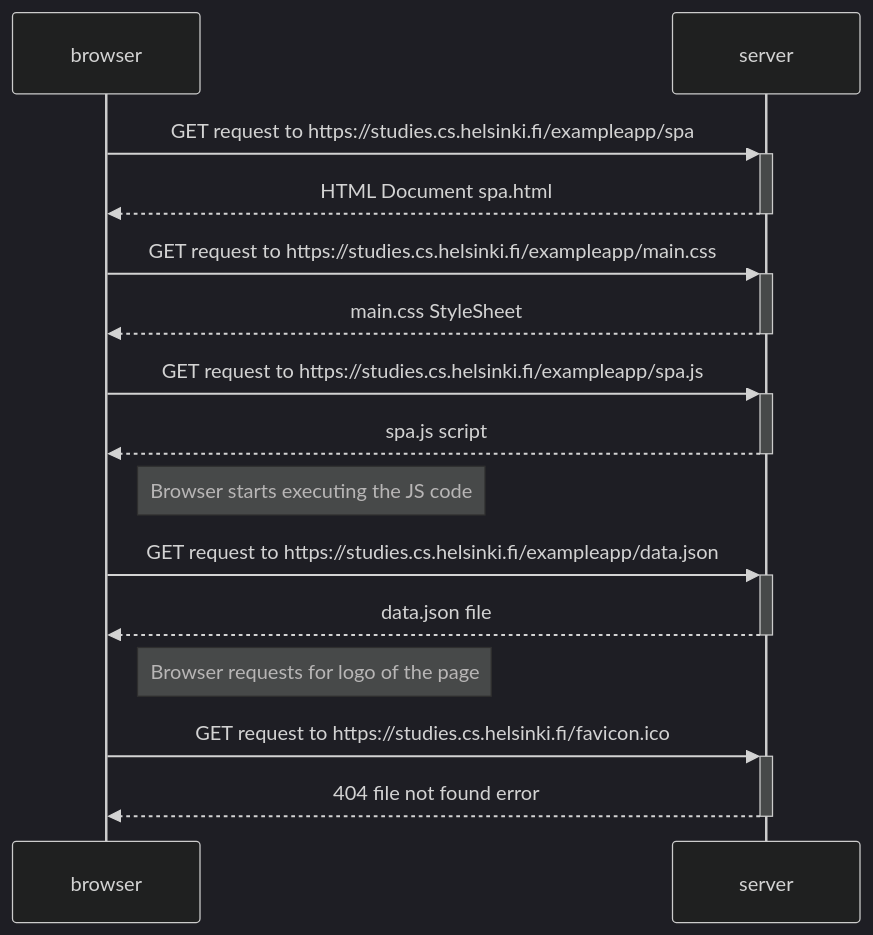
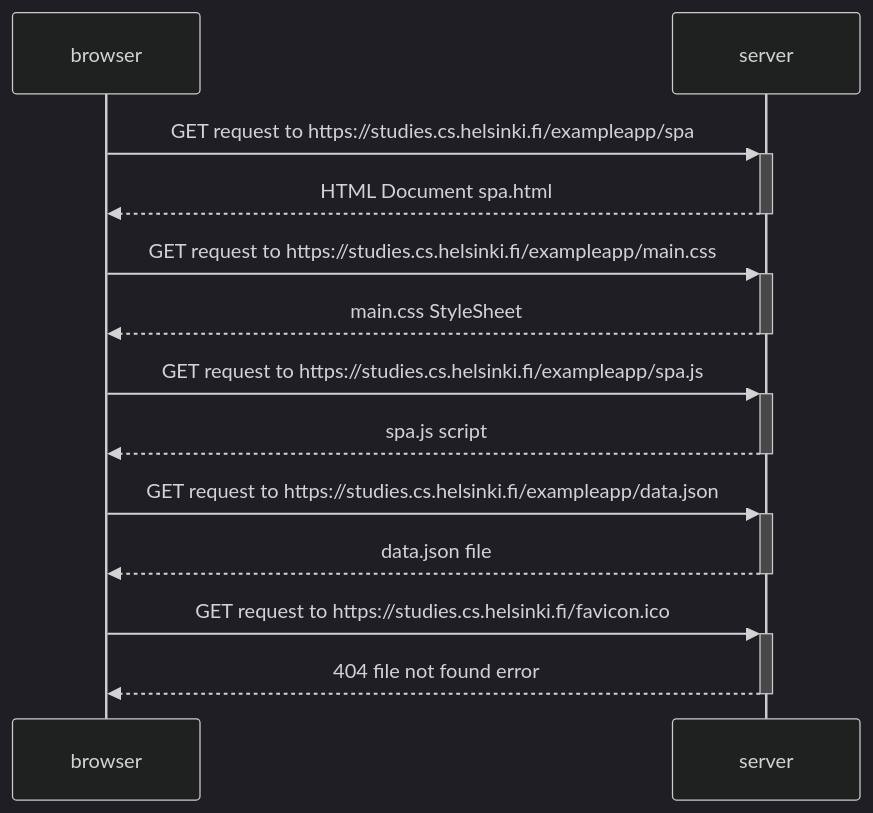
The diagram in part0/Exercise 0.5.md (KenniBlank/FullStackOpen), drawn with Mermaid (dark theme) before and after one commit. The commit also changed other lines of this file and 2 other files, not shown here.

Commit message:
Part 0 All Exercise Complete of FullStackOpen

````diff
--- a/part0/Exercise 0.5.md
+++ b/part0/Exercise 0.5.md
@@ -4,23 +4,20 @@
 ```mermaid
 sequenceDiagram
     participant browser
     participant server
 
     browser->>+server: GET request to https://studies.cs.helsinki.fi/exampleapp/spa
     server-->>-browser: HTML Document spa.html
 
     browser->>+server: GET request to https://studies.cs.helsinki.fi/exampleapp/main.css
     server-->>-browser: main.css StyleSheet 
 
     browser->>+server: GET request to https://studies.cs.helsinki.fi/exampleapp/spa.js
     server-->>-browser: spa.js script
 
-    Note right of browser: Browser starts executing the JS code
-
     browser->>+server: GET request to https://studies.cs.helsinki.fi/exampleapp/data.json
     server-->>-browser: data.json file
 
-    Note right of browser: Browser requests for logo of the page
     browser->>+server: GET request to https://studies.cs.helsinki.fi/favicon.ico
     server-->>-browser: 404 file not found error 
 ```
````
